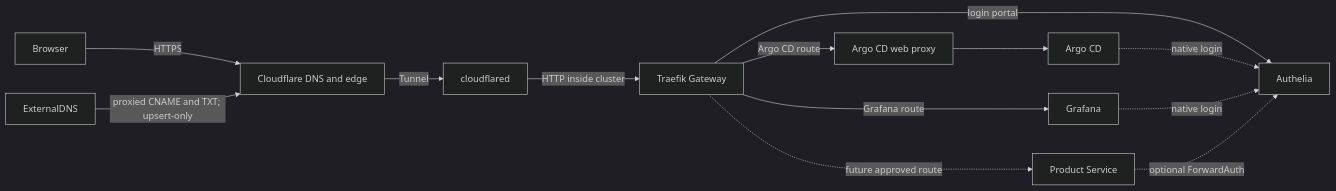
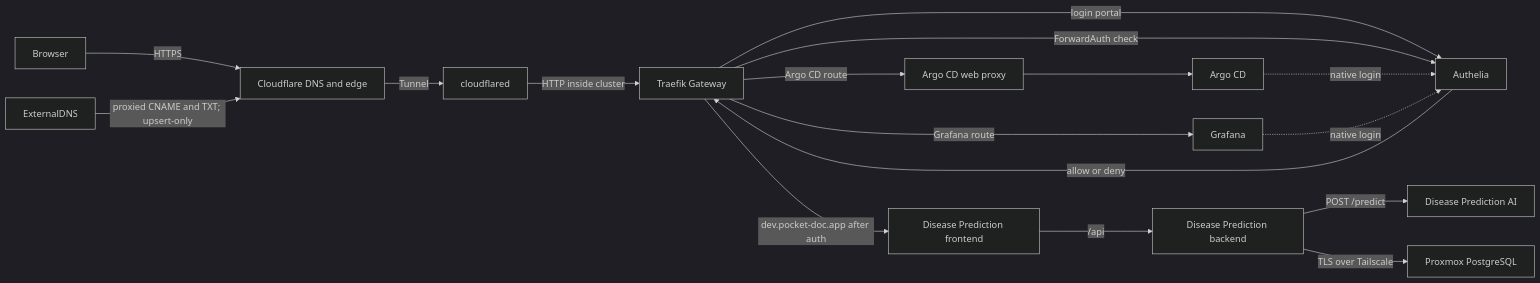
The third of 3 diagrams in devops/README.md (Disease-Prediction-ASET26/disease-prediction-docs), drawn with Mermaid (dark theme) before and after one commit. The commit also changed other lines of this file, not shown here.

Commit message:
Document integrated dev deployment

````diff
--- a/devops/README.md
+++ b/devops/README.md
@@ -84,17 +88,21 @@
 ```mermaid
 flowchart LR
   browser[Browser] -->|HTTPS| cloudflare[Cloudflare DNS and edge]
   cloudflare -->|Tunnel| cloudflared[cloudflared]
   cloudflared -->|HTTP inside cluster| traefik[Traefik Gateway]
 
   traefik -->|login portal| authelia[Authelia]
   traefik -->|Argo CD route| proxy[Argo CD web proxy]
   proxy --> argocd[Argo CD]
   traefik -->|Grafana route| grafana[Grafana]
+  traefik -->|ForwardAuth check| authelia[Authelia]
+  authelia -->|allow or deny| traefik
+  traefik -->|dev.pocket-doc.app after auth| frontend[Disease Prediction frontend]
+  frontend -->|/api| backend[Disease Prediction backend]
+  backend -->|POST /predict| ai[Disease Prediction AI]
+  backend -->|TLS over Tailscale| postgres[Proxmox PostgreSQL]
   argocd -. native login .-> authelia
   grafana -. native login .-> authelia
-  traefik -. future approved route .-> service[Product Service]
-  service -. optional ForwardAuth .-> authelia
 
   externalDNS[ExternalDNS] -->|proxied CNAME and TXT; upsert-only| cloudflare
 ```
````
